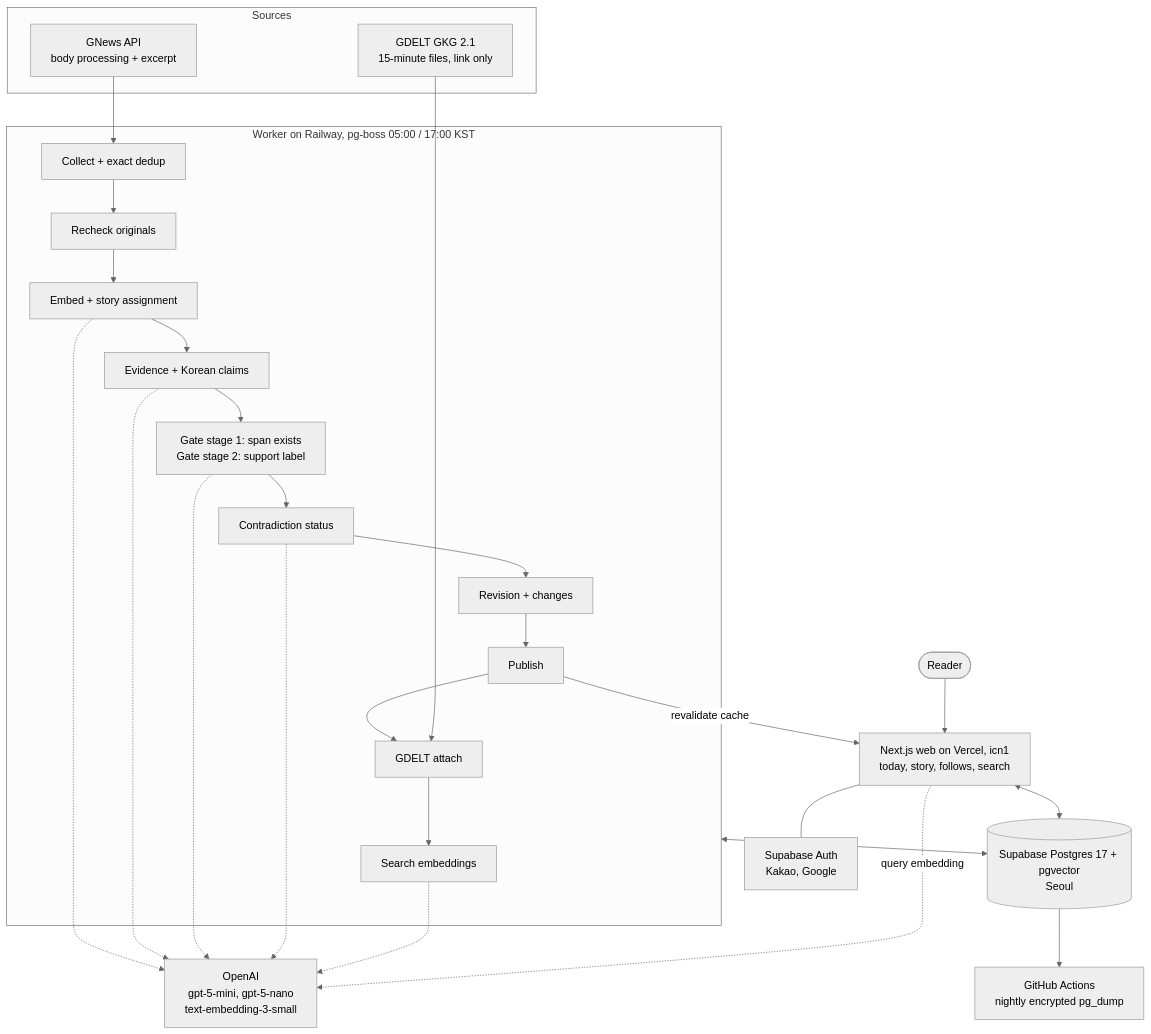
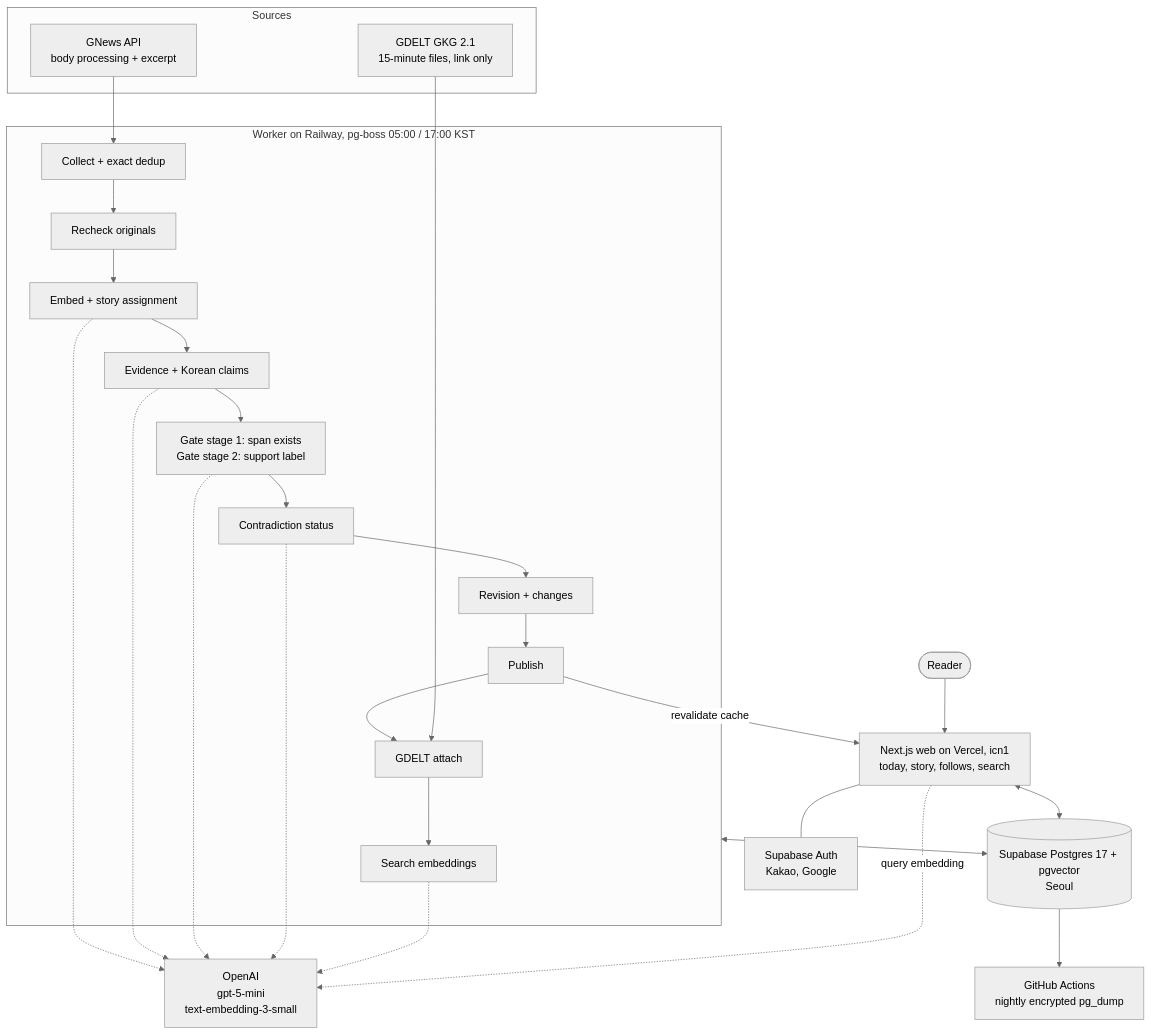
The diagram in README.en.md (hz0705-blip/ai-news-platform), drawn with Mermaid (neutral theme) before and after one commit. The commit also changed other lines of this file and 1 other file, not shown here.

Commit message:
docs(repo): 다이어그램 모델을 실제 호출 모델로, 본문 삭제 구현 상태를 사실대로

````diff
--- a/README.en.md
+++ b/README.en.md
@@ -52,41 +52,41 @@
 ```mermaid
 flowchart TB
   subgraph SRC["Sources"]
     GN["GNews API<br/>body processing + excerpt"]
     GD["GDELT GKG 2.1<br/>15-minute files, link only"]
   end
 
   subgraph WK["Worker on Railway, pg-boss 05:00 / 17:00 KST"]
     C["Collect + exact dedup"] --> RC["Recheck originals"]
     RC --> AS["Embed + story assignment"]
     AS --> CL["Evidence + Korean claims"]
     CL --> GT["Gate stage 1: span exists<br/>Gate stage 2: support label"]
     GT --> CT["Contradiction status"]
     CT --> RV["Revision + changes"]
     RV --> PB["Publish"]
     PB --> GA["GDELT attach"]
     GA --> SE["Search embeddings"]
   end
 
-  OAI["OpenAI<br/>gpt-5-mini, gpt-5-nano<br/>text-embedding-3-small"]
+  OAI["OpenAI<br/>gpt-5-mini<br/>text-embedding-3-small"]
   DB[("Supabase Postgres 17 + pgvector<br/>Seoul")]
   WEB["Next.js web on Vercel, icn1<br/>today, story, follows, search"]
   AUTH["Supabase Auth<br/>Kakao, Google"]
   BK["GitHub Actions<br/>nightly encrypted pg_dump"]
   RD(["Reader"])
 
   GN --> C
   GD --> GA
   AS -.-> OAI
   CL -.-> OAI
   GT -.-> OAI
   CT -.-> OAI
   SE -.-> OAI
   WK <--> DB
   PB -- "revalidate cache" --> WEB
   WEB <--> DB
   WEB -. "query embedding" .-> OAI
   WEB --- AUTH
   DB --> BK
   RD --> WEB
 ```
````
